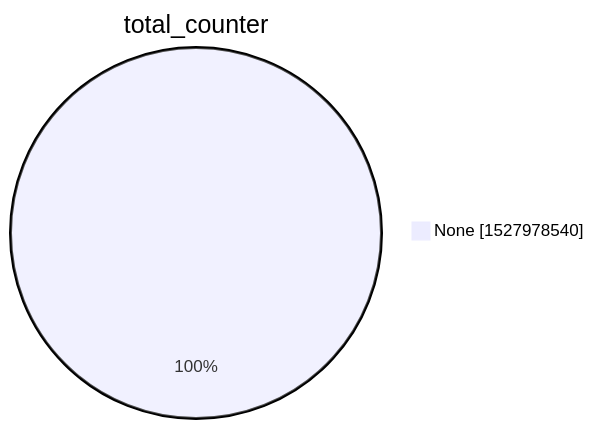
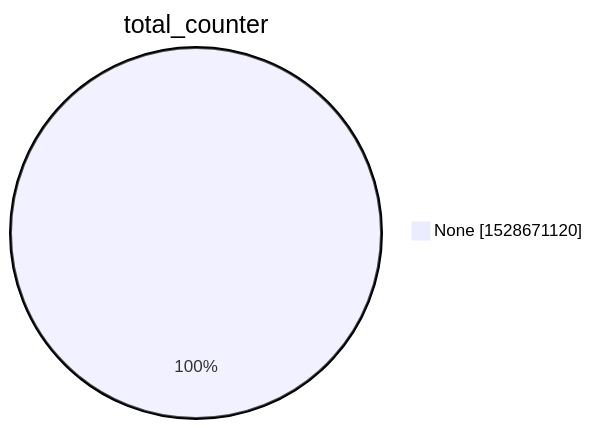
The second of 15 diagrams in xenon2022/README.md (christiankrug/ctmonitor_visualization), drawn with Mermaid before and after one commit. The commit also changed other lines of this file, not shown here.

````diff
--- a/xenon2022/README.md
+++ b/xenon2022/README.md
@@ -9,5 +9,5 @@
 ```mermaid
 pie showData
 title total_counter
-"None" :1527978540
+"None" :1528671120
 ```
````
